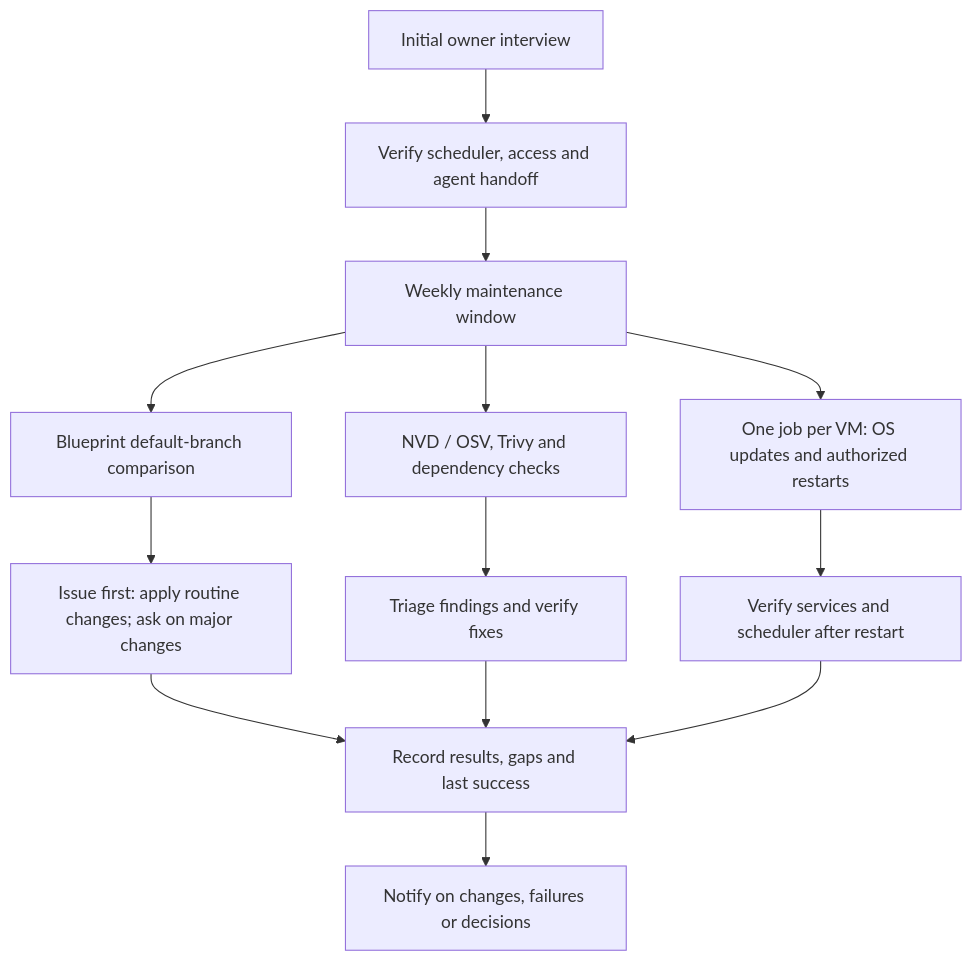
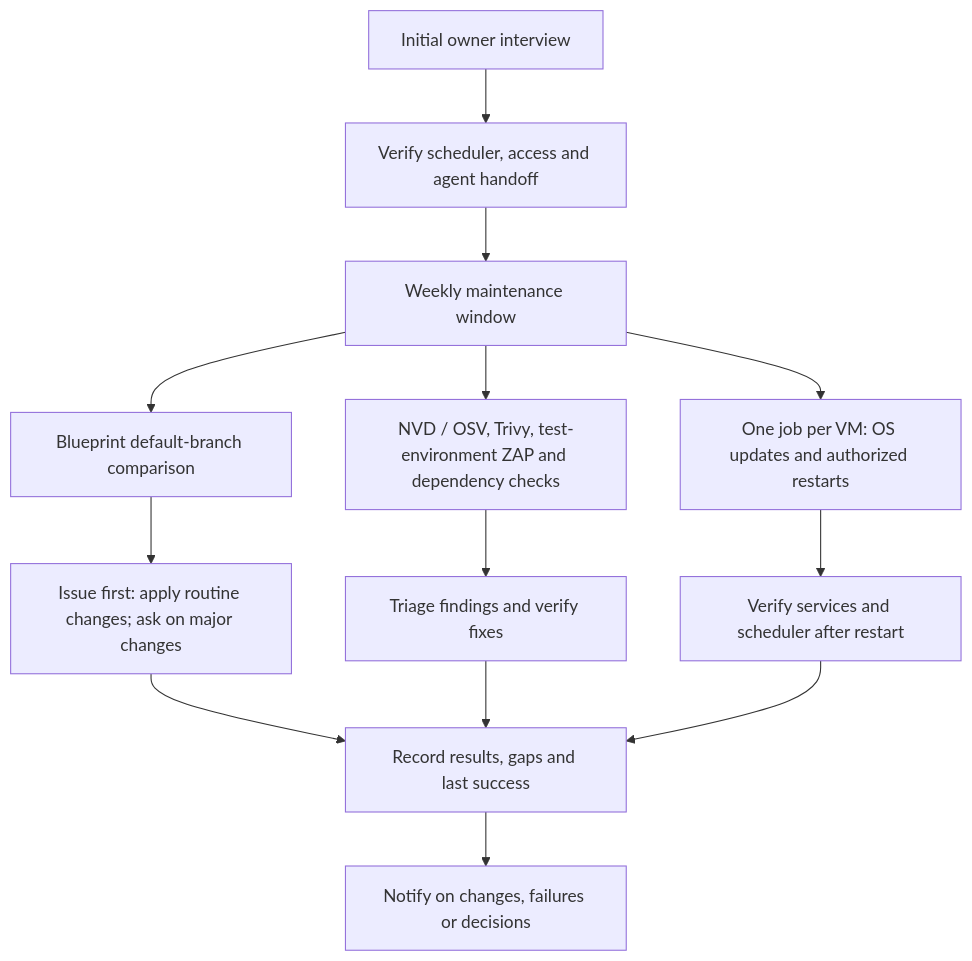
The diagram in README.md (shrocktech/project-blueprint), drawn with Mermaid before and after one commit. The commit also changed other lines of this file and 4 other files, not shown here.

````diff
--- a/README.md
+++ b/README.md
@@ -111,15 +114,15 @@
 ```mermaid
 flowchart TD
     A[Initial owner interview] --> B[Verify scheduler, access and agent handoff]
     B --> C[Weekly maintenance window]
     C --> D[Blueprint default-branch comparison]
-    C --> E[NVD / OSV, Trivy and dependency checks]
+    C --> E[NVD / OSV, Trivy, test-environment ZAP and dependency checks]
     C --> F[One job per VM: OS updates and authorized restarts]
     D --> G[Issue first: apply routine changes; ask on major changes]
     E --> H[Triage findings and verify fixes]
     F --> I[Verify services and scheduler after restart]
     G --> J[Record results, gaps and last success]
     H --> J
     I --> J
     J --> K[Notify on changes, failures or decisions]
 ```
````
